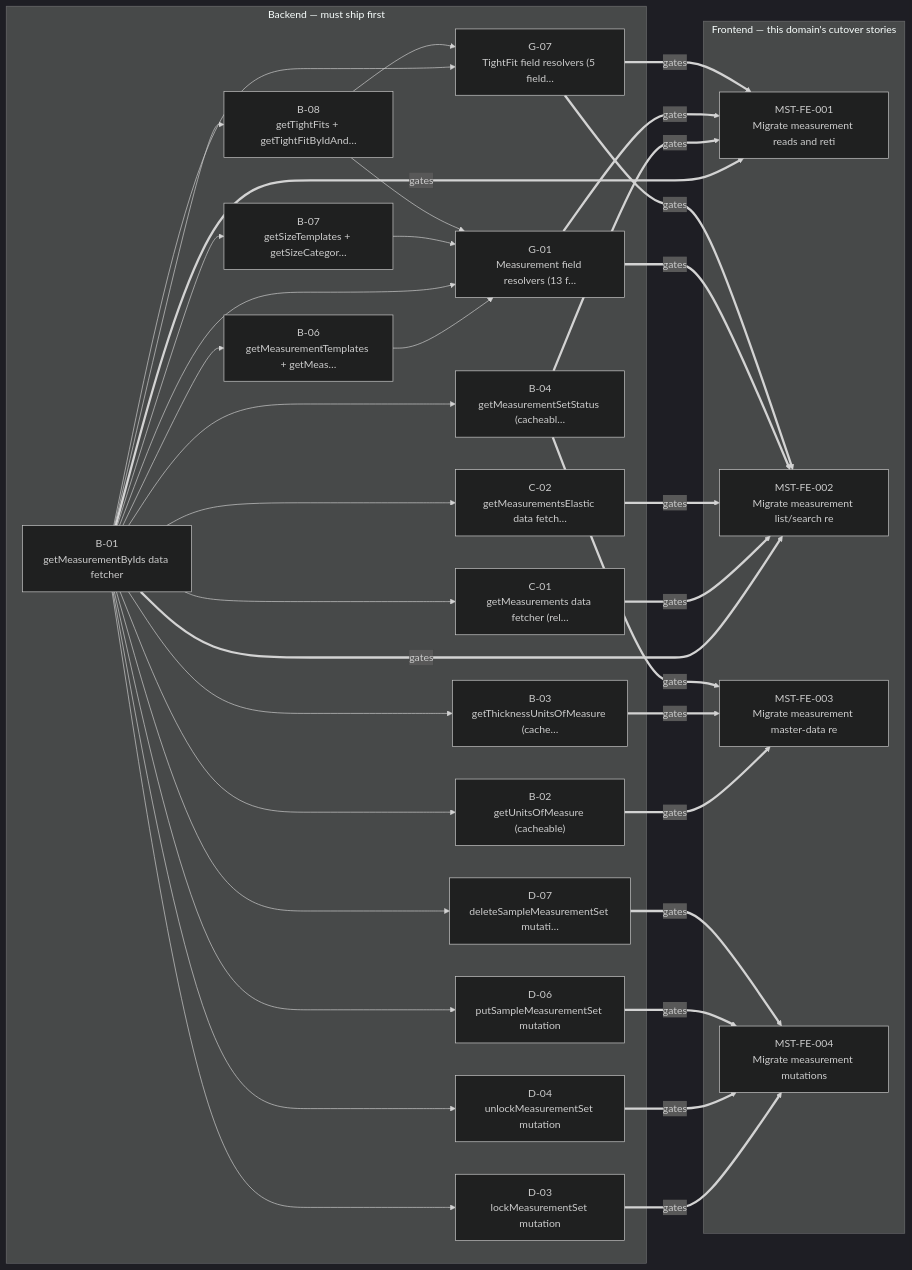
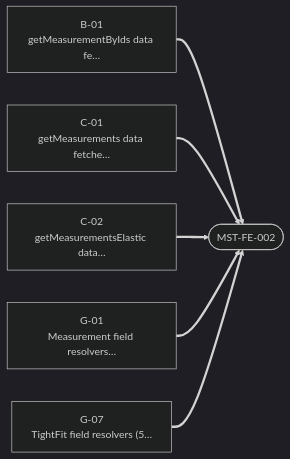
One commit to SarithaMathai/migration changed the third of 5 diagrams in finalArtifacts/summary/measurement/story-dependency-graph-measurement.md. Above: the diagram before and after it, drawn with Mermaid (dark theme). The commit also changed other lines of this file and 27 other files, not shown here.

First line of the commit message:
Redesign story dependency graphs for legibility

````diff
--- a/finalArtifacts/summary/measurement/story-dependency-graph-measurement.md
+++ b/finalArtifacts/summary/measurement/story-dependency-graph-measurement.md
@@ -93,60 +118,14 @@
 ```mermaid
 flowchart LR
-  subgraph BE["Backend — must ship first"]
-    NB_01["B-01<br/>getMeasurementByIds data fetcher"]
-    NB_02["B-02<br/>getUnitsOfMeasure (cacheable)"]
-    NB_03["B-03<br/>getThicknessUnitsOfMeasure (cache…"]
-    NB_04["B-04<br/>getMeasurementSetStatus (cacheabl…"]
-    NB_06["B-06<br/>getMeasurementTemplates + getMeas…"]
-    NB_07["B-07<br/>getSizeTemplates + getSizeCategor…"]
-    NB_08["B-08<br/>getTightFits + getTightFitByIdAnd…"]
-    NC_01["C-01<br/>getMeasurements data fetcher (rel…"]
-    NC_02["C-02<br/>getMeasurementsElastic data fetch…"]
-    ND_03["D-03<br/>lockMeasurementSet mutation"]
-    ND_04["D-04<br/>unlockMeasurementSet mutation"]
-    ND_06["D-06<br/>putSampleMeasurementSet mutation"]
-    ND_07["D-07<br/>deleteSampleMeasurementSet mutati…"]
-    NG_01["G-01<br/>Measurement field resolvers (13 f…"]
-    NG_07["G-07<br/>TightFit field resolvers (5 field…"]
-  end
-  subgraph FE["Frontend — this domain's cutover stories"]
-    NMST_FE_001["MST-FE-001<br/>Migrate measurement reads and reti"]
-    NMST_FE_002["MST-FE-002<br/>Migrate measurement list/search re"]
-    NMST_FE_003["MST-FE-003<br/>Migrate measurement master-data re"]
-    NMST_FE_004["MST-FE-004<br/>Migrate measurement mutations"]
-  end
-  NB_01 --> NB_02
-  NB_01 --> ND_04
-  NB_01 --> NG_07
-  NB_08 --> NG_07
-  NB_01 --> NC_02
-  NB_01 --> NB_03
-  NB_01 --> ND_07
-  NB_01 --> NC_01
-  NB_01 --> ND_06
-  NB_01 --> NB_07
-  NB_01 --> NB_06
-  NB_06 --> NG_01
-  NB_01 --> NG_01
-  NB_07 --> NG_01
-  NB_08 --> NG_01
-  NB_01 --> NB_04
-  NB_01 --> ND_03
-  NB_01 --> NB_08
-  NB_01 ==>|gates| NMST_FE_001
-  NB_04 ==>|gates| NMST_FE_001
-  NG_01 ==>|gates| NMST_FE_001
-  NG_07 ==>|gates| NMST_FE_001
-  NB_01 ==>|gates| NMST_FE_002
-  NC_01 ==>|gates| NMST_FE_002
-  NC_02 ==>|gates| NMST_FE_002
-  NG_01 ==>|gates| NMST_FE_002
-  NG_07 ==>|gates| NMST_FE_002
-  NB_02 ==>|gates| NMST_FE_003
-  NB_03 ==>|gates| NMST_FE_003
-  NB_04 ==>|gates| NMST_FE_003
-  ND_03 ==>|gates| NMST_FE_004
-  ND_04 ==>|gates| NMST_FE_004
-  ND_06 ==>|gates| NMST_FE_004
-  ND_07 ==>|gates| NMST_FE_004
+  NB_01["B-01<br/>getMeasurementByIds data fe…"]
+  NC_01["C-01<br/>getMeasurements data fetche…"]
+  NC_02["C-02<br/>getMeasurementsElastic data…"]
+  NG_01["G-01<br/>Measurement field resolvers…"]
+  NG_07["G-07<br/>TightFit field resolvers (5…"]
+  NMST_FE_002(["MST-FE-002"])
+  NB_01 ==> NMST_FE_002
+  NC_01 ==> NMST_FE_002
+  NC_02 ==> NMST_FE_002
+  NG_01 ==> NMST_FE_002
+  NG_07 ==> NMST_FE_002
 ```
````
